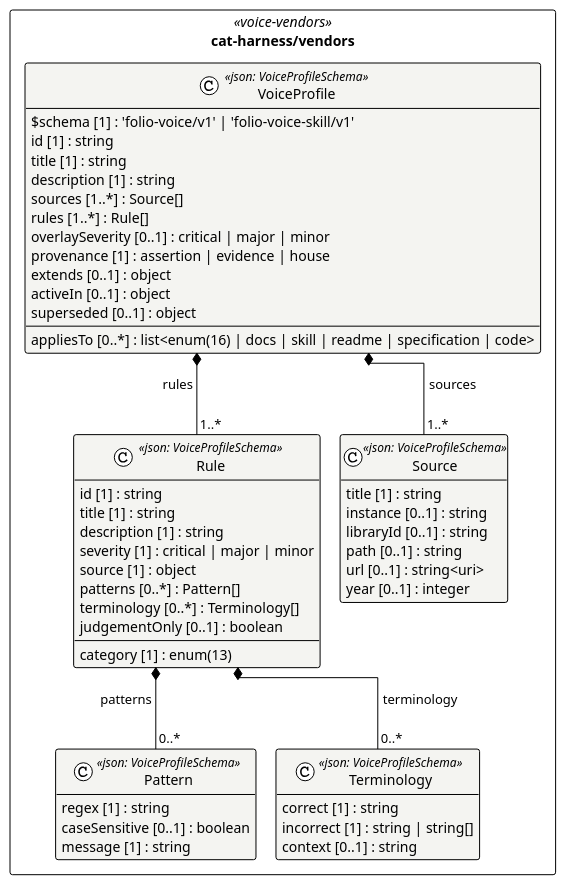
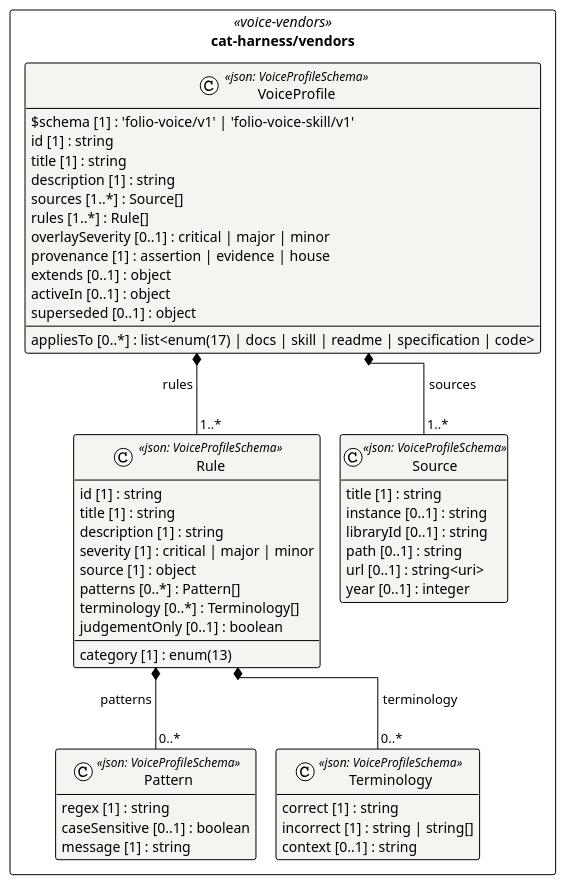
Before and after one commit to litlfred/cat-harness: the diagram in uml/overview/cat-harness/vendors.puml, drawn with PlantUML. The commit also changed 1163 other files, not shown here.

```diff
--- a/uml/overview/cat-harness/vendors.puml
+++ b/uml/overview/cat-harness/vendors.puml
@@ -3,59 +3,59 @@
 @startuml cat_harness_vendors
 !pragma layout elk
 !theme plain
 skinparam classAttributeIconSize 0
 skinparam shadowing false
 skinparam packageStyle rectangle
 hide empty methods
 
 package "cat-harness/vendors" as pkg_cat_harness_vendors <<voice-vendors>> {
   class "Source" as cat_harness_vendors_Source <<json: VoiceProfileSchema>> #f4f4f1 {
     title [1] : string
     instance [0..1] : string
     libraryId [0..1] : string
     path [0..1] : string
     url [0..1] : string<uri>
     year [0..1] : integer
   }
   class "Pattern" as cat_harness_vendors_Pattern <<json: VoiceProfileSchema>> #f4f4f1 {
     regex [1] : string
     caseSensitive [0..1] : boolean
     message [1] : string
   }
   class "Terminology" as cat_harness_vendors_Terminology <<json: VoiceProfileSchema>> #f4f4f1 {
     correct [1] : string
     incorrect [1] : string | string[]
     context [0..1] : string
   }
   class "Rule" as cat_harness_vendors_Rule <<json: VoiceProfileSchema>> #f4f4f1 {
     id [1] : string
     title [1] : string
     description [1] : string
     category [1] : enum(13)
     severity [1] : critical | major | minor
     source [1] : object
     patterns [0..*] : Pattern[]
     terminology [0..*] : Terminology[]
     judgementOnly [0..1] : boolean
   }
   class "VoiceProfile" as cat_harness_vendors_VoiceProfile <<json: VoiceProfileSchema>> #f4f4f1 {
     $schema [1] : 'folio-voice/v1' | 'folio-voice-skill/v1'
     id [1] : string
     title [1] : string
     description [1] : string
     sources [1..*] : Source[]
     rules [1..*] : Rule[]
     overlaySeverity [0..1] : critical | major | minor
-    appliesTo [0..*] : list<enum(16) | docs | skill | readme | specification | code>
+    appliesTo [0..*] : list<enum(17) | docs | skill | readme | specification | code>
     provenance [1] : assertion | evidence | house
     extends [0..1] : object
     activeIn [0..1] : object
     superseded [0..1] : object
   }
 }
 
 cat_harness_vendors_VoiceProfile *-- "1..*" cat_harness_vendors_Source : sources
 cat_harness_vendors_Rule *-- "0..*" cat_harness_vendors_Pattern : patterns
 cat_harness_vendors_Rule *-- "0..*" cat_harness_vendors_Terminology : terminology
 cat_harness_vendors_VoiceProfile *-- "1..*" cat_harness_vendors_Rule : rules
 @enduml
```
